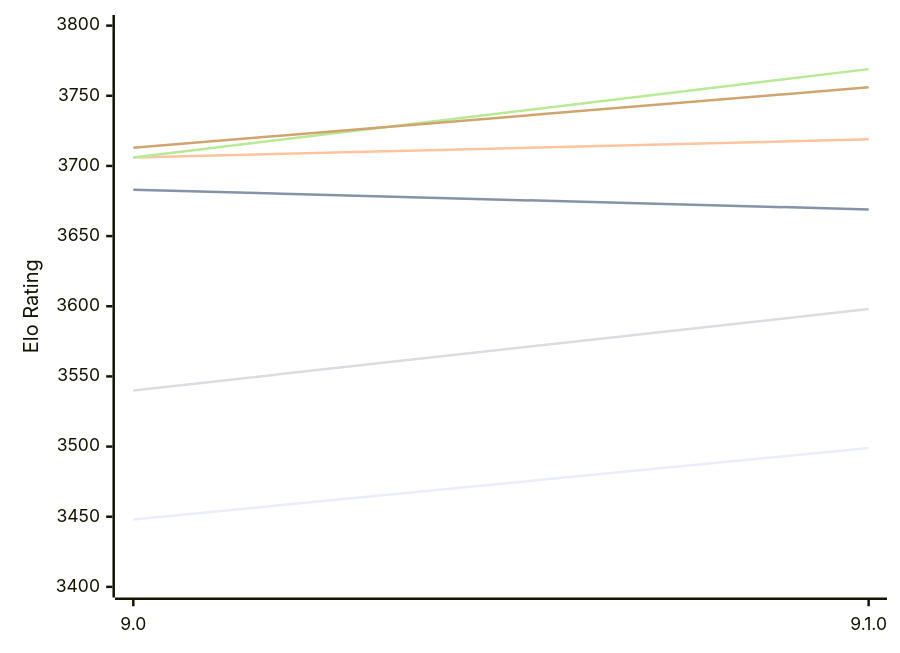
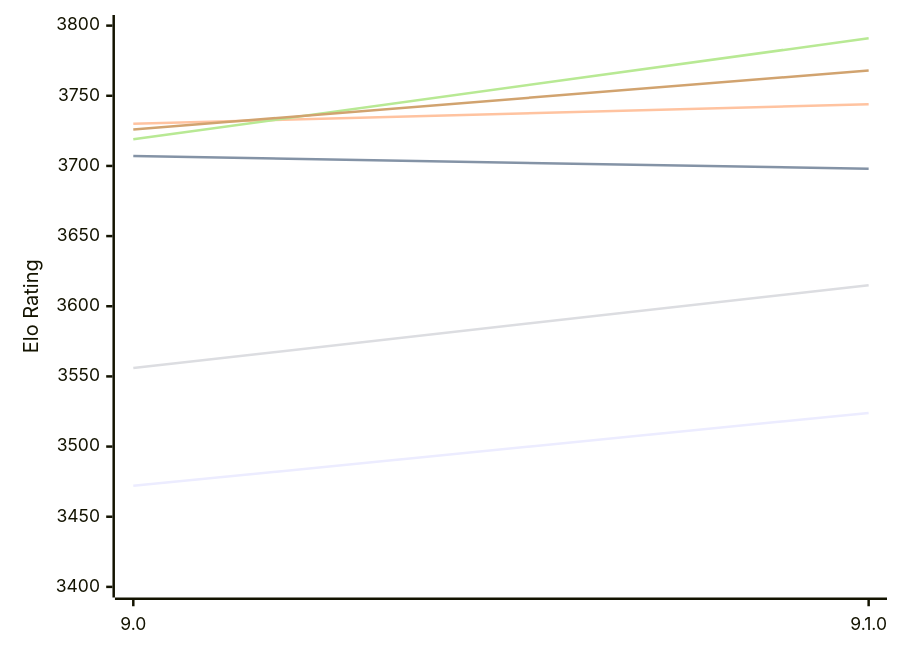
Before and after one commit to computer-chess-index/cci: the first of 2 diagrams in engines/Alexandria.md, drawn with Mermaid. The commit also changed other lines of this file, not shown here.

Commit message:
Update CCI Ratings (ELO VLTC) - 2026-10-24

````diff
--- a/engines/Alexandria.md
+++ b/engines/Alexandria.md
@@ -54,12 +54,12 @@
 ```mermaid
 %%{init: {"theme":"base","themeVariables":{"seriesColors:['#a3a3a3','#222221','#faa371']}}}%%
 xychart-beta
   x-axis ["9.0", "9.1.0"]
   y-axis "Elo Rating" 3400 --> 3800
-  line "E1: STC (8.0+0.08s)" [3448, 3499]
-  line "E1: LTC (60.0+0.60s)" [3683, 3669]
-  line "E1: VLTC (2m24s+1.12s)" [3706, 3719]
-  line "P1: STC (8.0+0.08s)" [3540, 3598]
-  line "P1: LTC (60.0+0.60s)" [3706, 3769]
-  line "P1: VLTC (2m24s+1.12s)" [3713, 3756]
+  line "E1: STC (8.0+0.08s)" [3472, 3524]
+  line "E1: LTC (60.0+0.60s)" [3707, 3698]
+  line "E1: VLTC (2m24s+1.12s)" [3730, 3744]
+  line "P1: STC (8.0+0.08s)" [3556, 3615]
+  line "P1: LTC (60.0+0.60s)" [3719, 3791]
+  line "P1: VLTC (2m24s+1.12s)" [3726, 3768]
 ```
````
